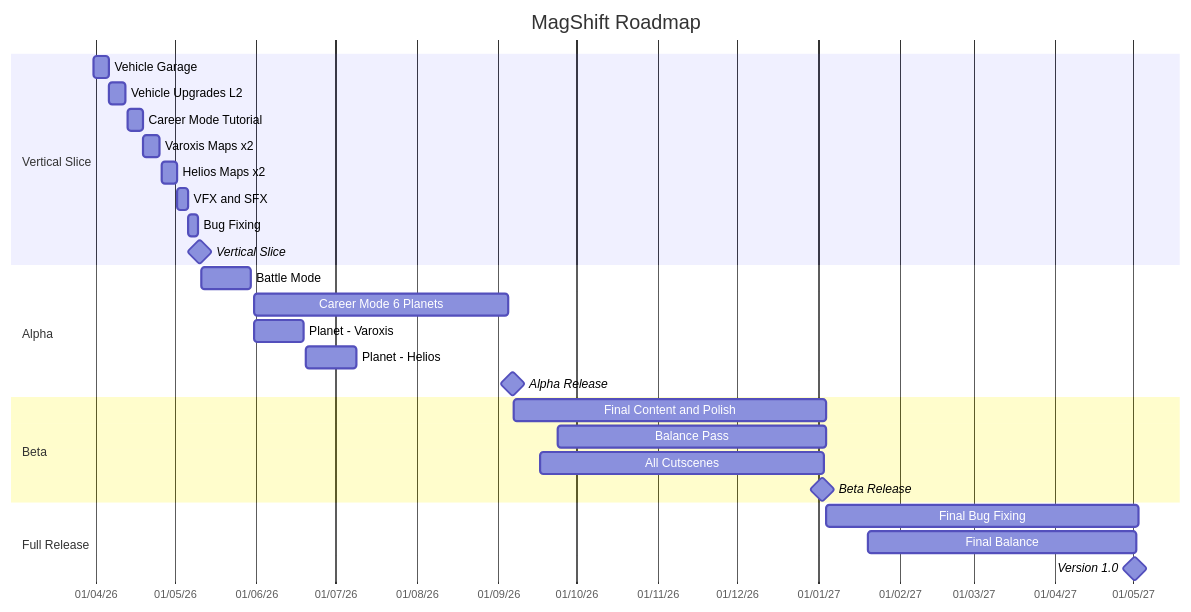
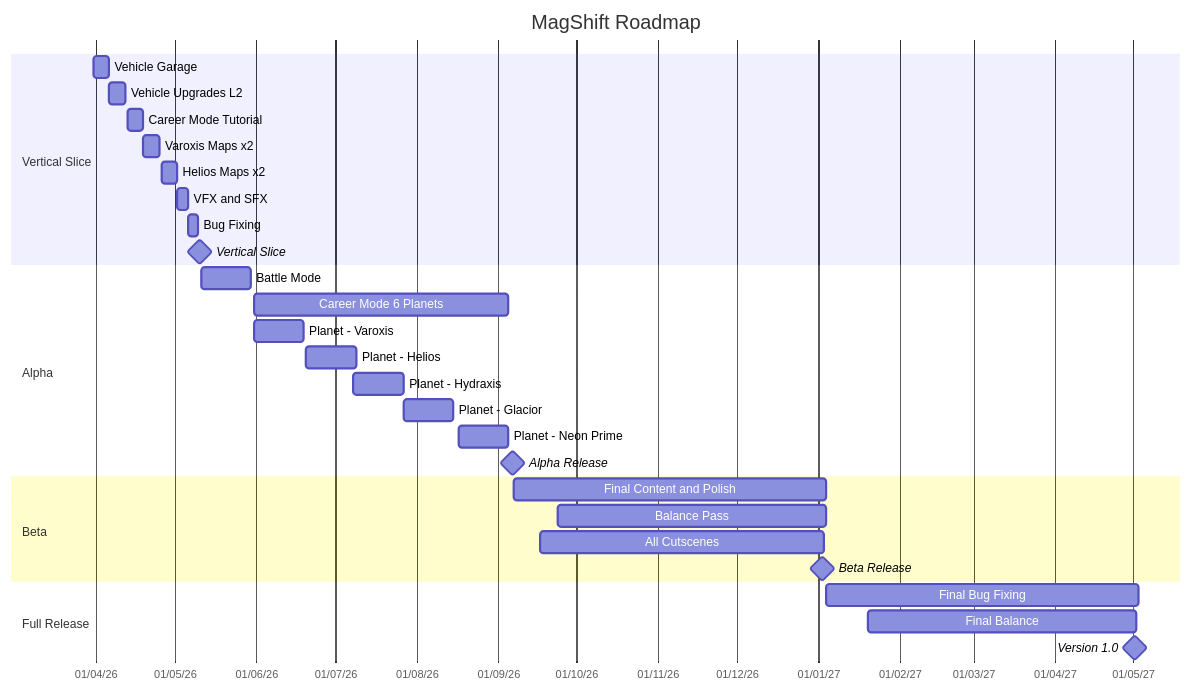
One commit to MisahSnow/MagShift-Obsidian changed the diagram in Roadmap/Goals Gantt.md. Above: the diagram before and after it, drawn with Mermaid. The commit also changed 3 other files, not shown here.

````diff
--- a/Roadmap/Goals Gantt.md
+++ b/Roadmap/Goals Gantt.md
@@ -3,34 +3,37 @@
 ```mermaid
 gantt
     title MagShift Roadmap
     dateFormat YYYY-MM-DD
     axisFormat %d/%m/%y
 
     section Vertical Slice
     Vehicle Garage :a2, 2026-03-31, 6d
     Vehicle Upgrades L2 :a3, 2026-04-06, 6d
     Career Mode Tutorial :a1, 2026-04-13, 6d
     Varoxis Maps x2 :a4, 2026-04-19, 6d
     Helios Maps x2 :a5, 2026-04-26, 6d
     VFX and SFX :a6, 2026-05-02, 4d
     Bug Fixing :a7, 2026-05-06, 4d
     Vertical Slice :milestone, m1, 2026-05-10, 1d
 
     section Alpha
     Battle Mode :b2, 2026-05-11, 19d
     Career Mode 6 Planets :b1, 2026-05-31, 97d
     Planet - Varoxis :b3, 2026-05-31, 19d
     Planet - Helios :b4, 2026-06-20, 19d
+    Planet - Hydraxis :b5, 2026-07-8, 19d
+    Planet - Glacior :b6, 2026-07-27, 19d
+    Planet - Neon Prime :b7, 2026-08-17, 19d
     Alpha Release :milestone, m2, 2026-09-06, 1d
 
     section Beta
     Final Content and Polish :c1, 2026-09-07, 119d
     Balance Pass :c2, 2026-09-24, 102d
     All Cutscenes :c3, 2026-09-17, 108d
     Beta Release :milestone, m3, 2027-01-02, 1d
 
     section Full Release
     Final Bug Fixing :d1, 2027-01-04, 119d
     Final Balance :d2, 2027-01-20, 102d
     Version 1.0 :milestone, m4, 2027-05-01, 1d
 ```
````
